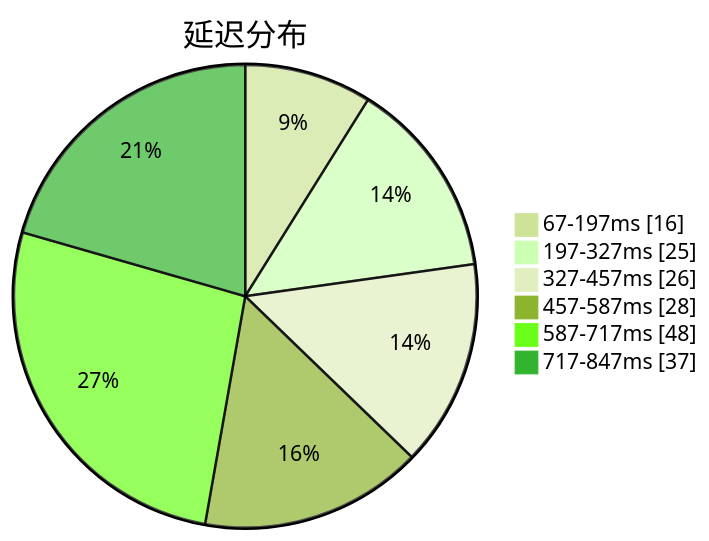
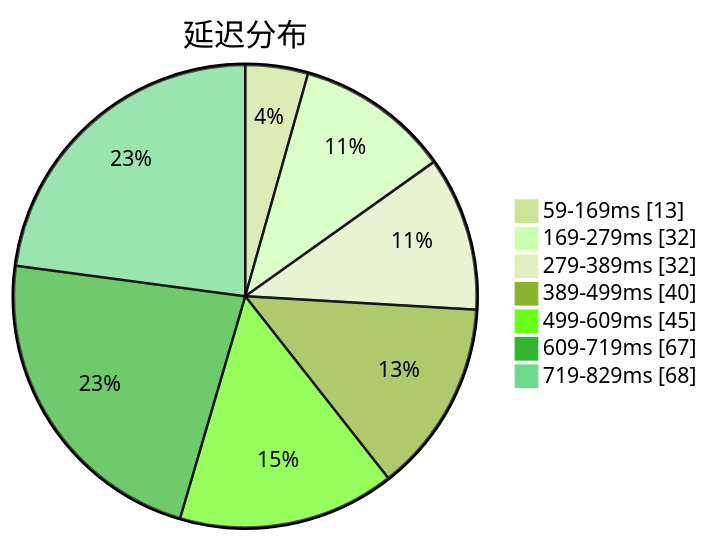
Before and after one commit to sinspired/airport: the first of 3 diagrams in subs/statistics/tested_within.md, drawn with Mermaid (forest theme). The commit also changed other lines of this file and 2 other files, not shown here.

````diff
--- a/subs/statistics/tested_within.md
+++ b/subs/statistics/tested_within.md
@@ -2,10 +2,11 @@
 ```mermaid
 pie showData
 title 延迟分布
-"67-197ms" : 16
-"197-327ms" : 25
-"327-457ms" : 26
-"457-587ms" : 28
-"587-717ms" : 48
-"717-847ms" : 37
+"59-169ms" : 13
+"169-279ms" : 32
+"279-389ms" : 32
+"389-499ms" : 40
+"499-609ms" : 45
+"609-719ms" : 67
+"719-829ms" : 68
 ```
````
